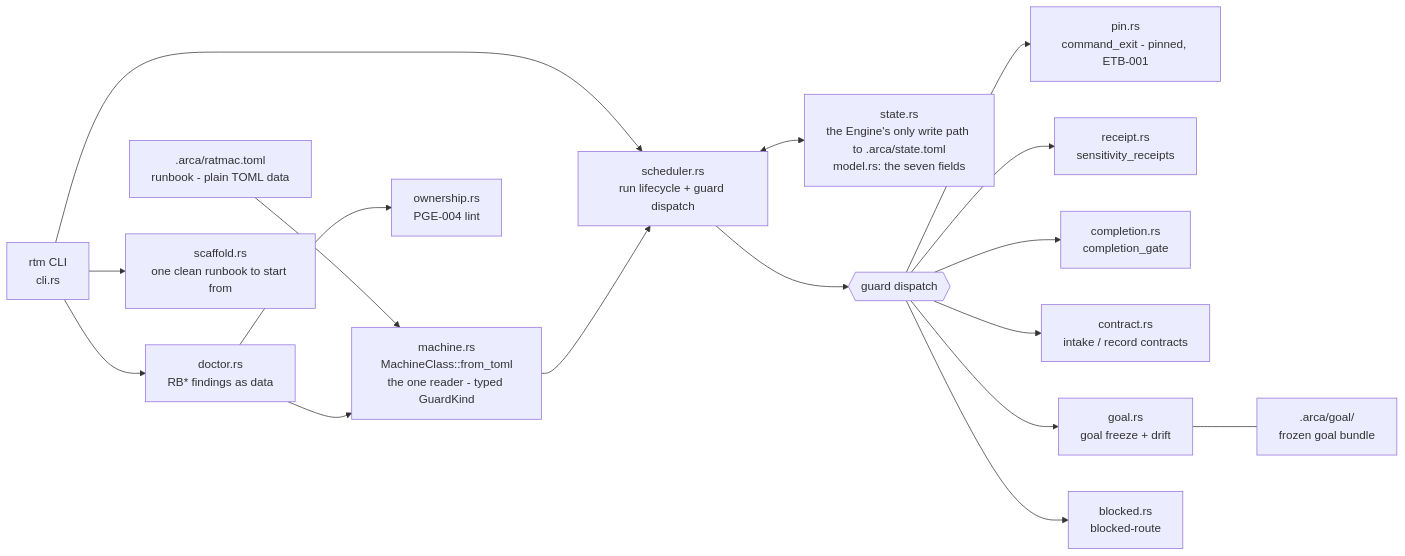
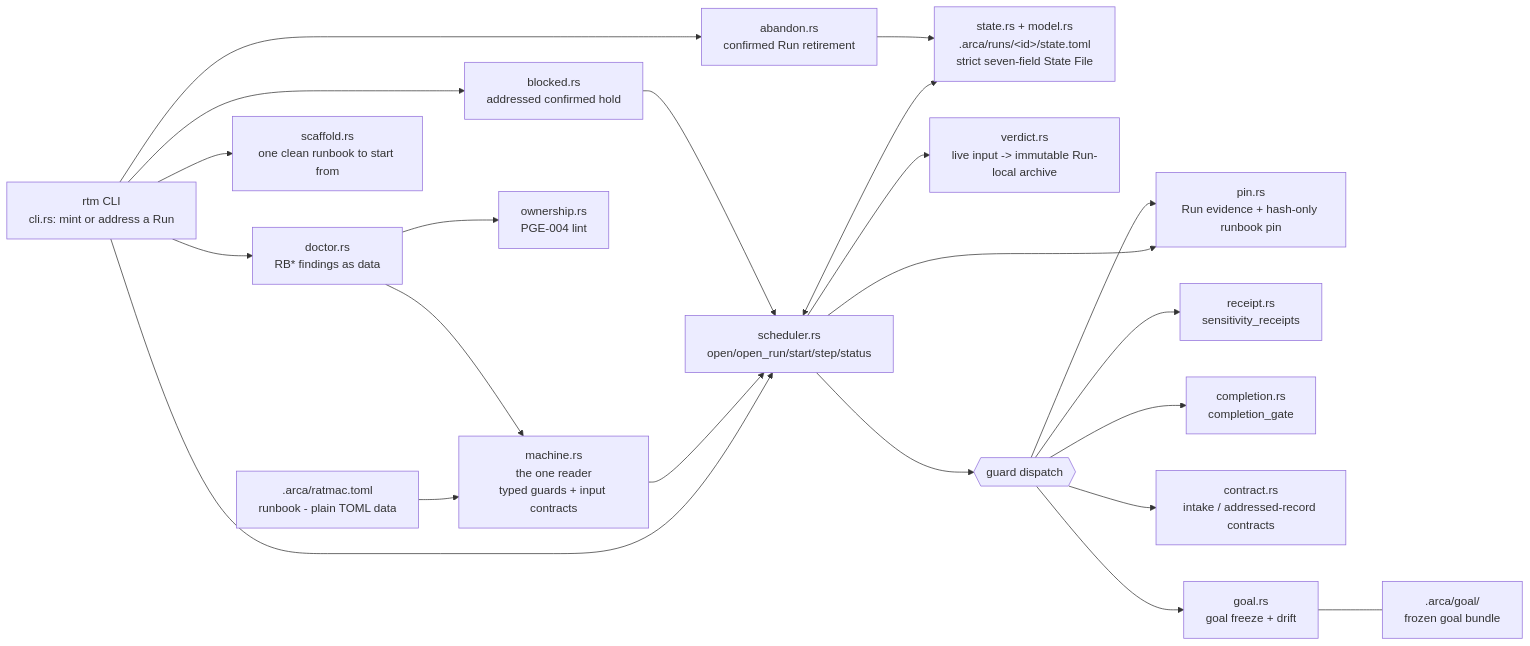
The diagram in .arca/index.md (egoisth777/ratmac), drawn with Mermaid before and after one commit. The commit also changed other lines of this file and 40 other files, not shown here.

Commit message:
cycle close: archive completed routed-input work

````diff
--- a/.arca/index.md
+++ b/.arca/index.md
@@ -29,19 +30,24 @@
 ```mermaid
 flowchart LR
-    CLI["rtm CLI<br/>cli.rs"] --> SCH["scheduler.rs<br/>run lifecycle + guard dispatch"]
-    RB[".arca/ratmac.toml<br/>runbook - plain TOML data"] --> MC["machine.rs<br/>MachineClass::from_toml<br/>the one reader - typed GuardKind"]
+    CLI["rtm CLI<br/>cli.rs: mint or address a Run"] --> SCH["scheduler.rs<br/>open/open_run/start/step/status"]
+    RB[".arca/ratmac.toml<br/>runbook - plain TOML data"] --> MC["machine.rs<br/>the one reader<br/>typed guards + input contracts"]
     MC --> SCH
-    SCH <--> ST["state.rs<br/>the Engine's only write path to .arca/state.toml<br/>model.rs: the seven fields"]
+    SCH <--> ST["state.rs + model.rs<br/>.arca/runs/&lt;id&gt;/state.toml<br/>strict seven-field State File"]
+    SCH --> PIN["pin.rs<br/>Run evidence + hash-only runbook pin"]
+    SCH --> VER["verdict.rs<br/>live input -> immutable Run-local archive"]
     SCH --> G{{guard dispatch}}
-    G --> PIN["pin.rs<br/>command_exit - pinned, ETB-001"]
+    G --> PIN
     G --> REC["receipt.rs<br/>sensitivity_receipts"]
     G --> COM["completion.rs<br/>completion_gate"]
-    G --> CON["contract.rs<br/>intake / record contracts"]
+    G --> CON["contract.rs<br/>intake / addressed-record contracts"]
     G --> GOL["goal.rs<br/>goal freeze + drift"]
-    G --> BLK["blocked.rs<br/>blocked-route"]
+    CLI --> HLD["blocked.rs<br/>addressed confirmed hold"]
+    HLD --> SCH
+    CLI --> ABN["abandon.rs<br/>confirmed Run retirement"]
+    ABN --> ST
     GOL --- GB[".arca/goal/<br/>frozen goal bundle"]
     CLI --> DOC["doctor.rs<br/>RB* findings as data"]
     CLI --> SCA["scaffold.rs<br/>one clean runbook to start from"]
     DOC --> MC
     DOC --> OWN["ownership.rs<br/>PGE-004 lint"]
 ```
````
